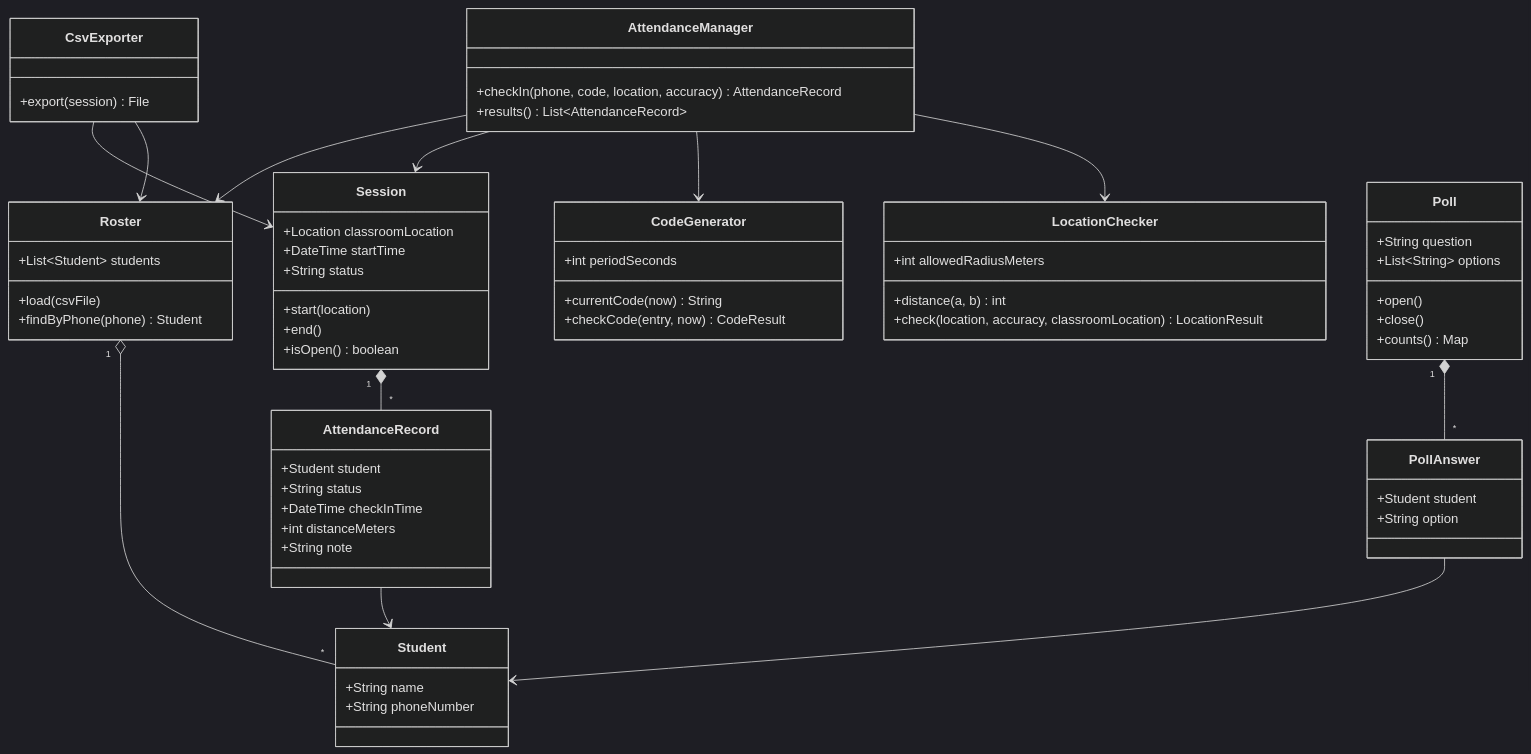
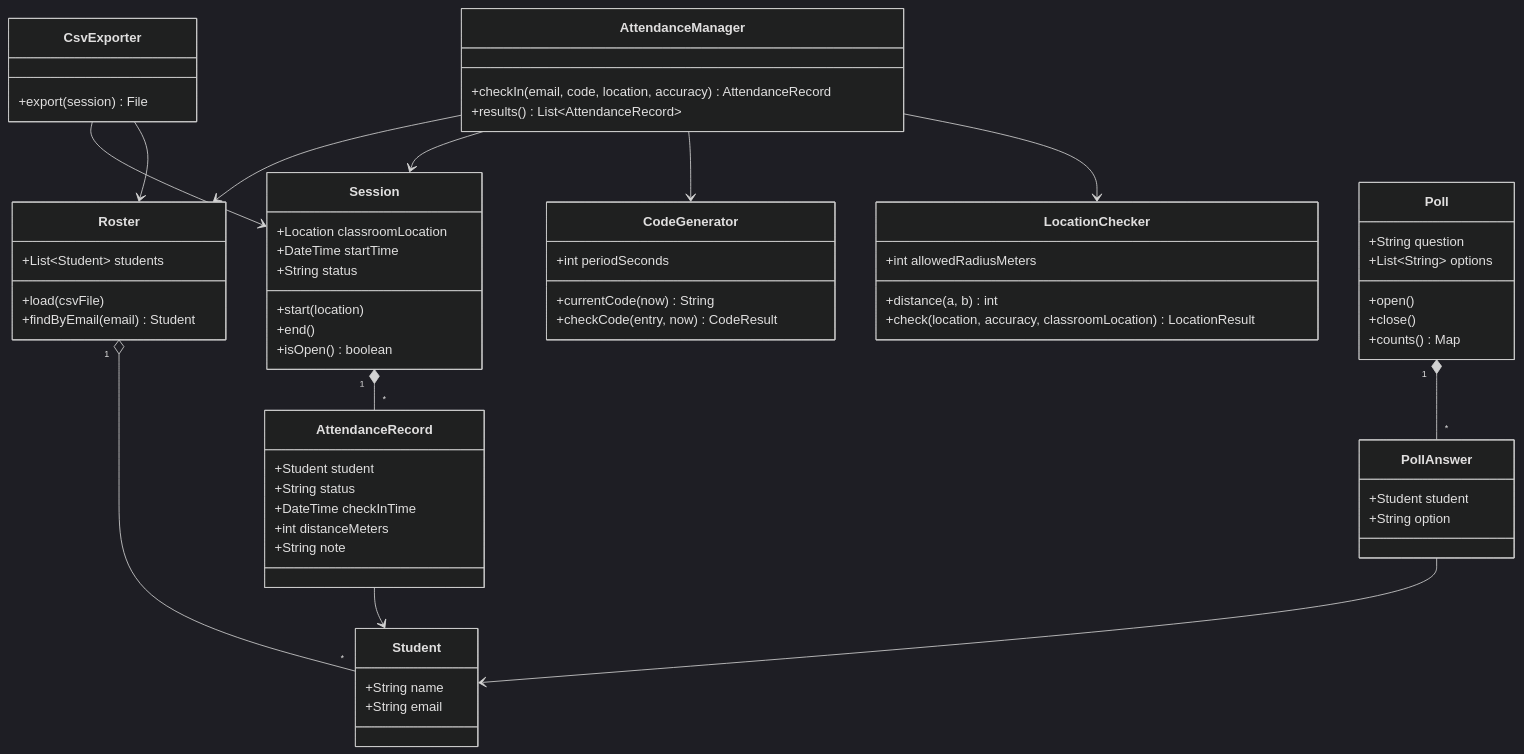
One commit to Maycaspi110/Class_Attendance changed the first of 4 diagrams in diagrams.md. Above: the diagram before and after it, drawn with Mermaid (dark theme). The commit also changed other lines of this file and 4 other files, not shown here.

````diff
--- a/diagrams.md
+++ b/diagrams.md
@@ -11,67 +11,67 @@
 ```mermaid
 classDiagram
   class Student {
     +String name
-    +String phoneNumber
+    +String email
   }
   class Roster {
     +List~Student~ students
     +load(csvFile)
-    +findByPhone(phone) Student
+    +findByEmail(email) Student
   }
   class Session {
     +Location classroomLocation
     +DateTime startTime
     +String status
     +start(location)
     +end()
     +isOpen() boolean
   }
   class CodeGenerator {
     +int periodSeconds
     +currentCode(now) String
     +checkCode(entry, now) CodeResult
   }
   class LocationChecker {
     +int allowedRadiusMeters
     +distance(a, b) int
     +check(location, accuracy, classroomLocation) LocationResult
   }
   class AttendanceRecord {
     +Student student
     +String status
     +DateTime checkInTime
     +int distanceMeters
     +String note
   }
   class AttendanceManager {
-    +checkIn(phone, code, location, accuracy) AttendanceRecord
+    +checkIn(email, code, location, accuracy) AttendanceRecord
     +results() List~AttendanceRecord~
   }
   class Poll {
     +String question
     +List~String~ options
     +open()
     +close()
     +counts() Map
   }
   class PollAnswer {
     +Student student
     +String option
   }
   class CsvExporter {
     +export(session) File
   }
 
   Roster "1" o-- "*" Student
   Session "1" *-- "*" AttendanceRecord
   AttendanceRecord --> Student
   AttendanceManager --> Roster
   AttendanceManager --> Session
   AttendanceManager --> CodeGenerator
   AttendanceManager --> LocationChecker
   Poll "1" *-- "*" PollAnswer
   PollAnswer --> Student
   CsvExporter --> Session
   CsvExporter --> Roster
 ```
````
